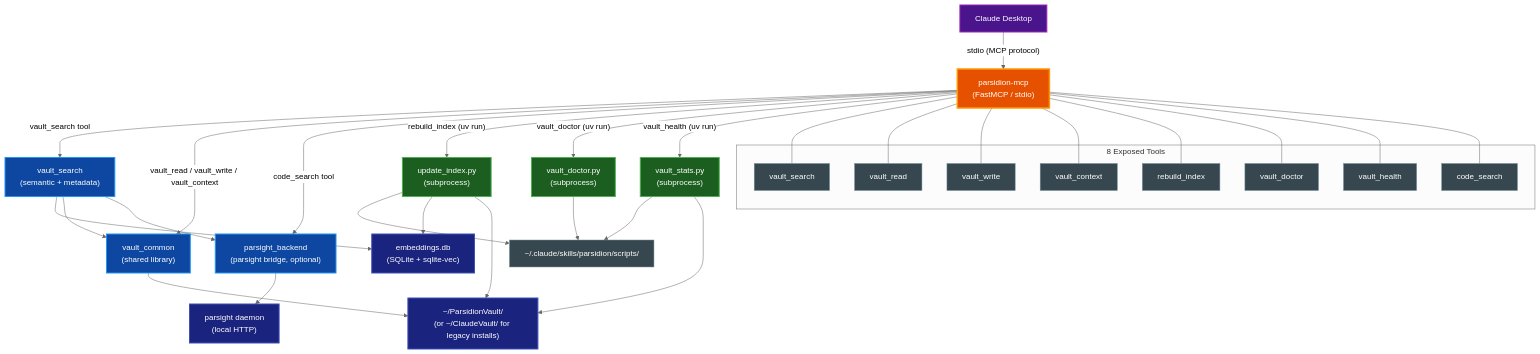
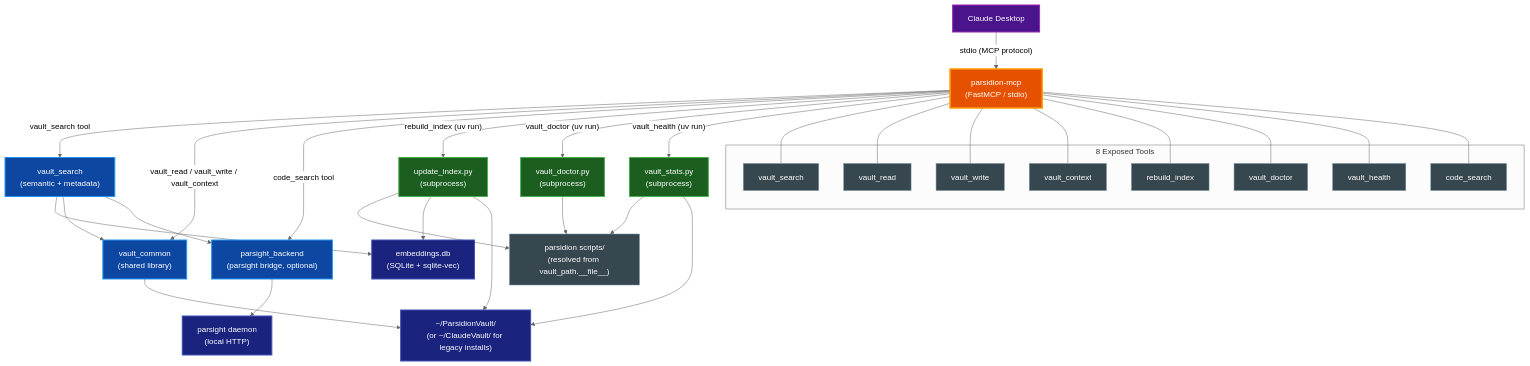
One commit to paulrobello/parsidion changed the diagram in docs/MCP.md. Above: the diagram before and after it, drawn with Mermaid (neutral theme). The commit also changed other lines of this file and 15 other files, not shown here.

````diff
--- a/docs/MCP.md
+++ b/docs/MCP.md
@@ -52,70 +52,70 @@
 ```mermaid
 graph TD
     Desktop["Claude Desktop"]
     MCP["parsidion-mcp<br/>(FastMCP / stdio)"]
     VaultSearch["vault_search<br/>(semantic + metadata)"]
     VaultCommon["vault_common<br/>(shared library)"]
     ParsightBackend["parsight_backend<br/>(parsight bridge, optional)"]
     ParsightDaemon["parsight daemon<br/>(local HTTP)"]
-    ScriptsDir["~/.claude/skills/parsidion/scripts/"]
+    ScriptsDir["parsidion scripts/<br/>(resolved from vault_path.__file__)"]
     UpdateIndex["update_index.py<br/>(subprocess)"]
     VaultDoctor["vault_doctor.py<br/>(subprocess)"]
     VaultStats["vault_stats.py<br/>(subprocess)"]
     EmbeddingsDB["embeddings.db<br/>(SQLite + sqlite-vec)"]
     VaultRoot["~/ParsidionVault/<br/>(or ~/ClaudeVault/ for legacy installs)"]
 
     Desktop -->|"stdio (MCP protocol)"| MCP
 
     MCP -->|"vault_search tool"| VaultSearch
     MCP -->|"vault_read / vault_write / vault_context"| VaultCommon
     MCP -->|"code_search tool"| ParsightBackend
     MCP -->|"rebuild_index (uv run)"| UpdateIndex
     MCP -->|"vault_doctor (uv run)"| VaultDoctor
     MCP -->|"vault_health (uv run)"| VaultStats
 
     VaultSearch --> EmbeddingsDB
     VaultSearch --> VaultCommon
     VaultSearch --> ParsightBackend
     ParsightBackend --> ParsightDaemon
     VaultCommon --> VaultRoot
     UpdateIndex --> ScriptsDir
     VaultDoctor --> ScriptsDir
     VaultStats --> ScriptsDir
     UpdateIndex --> EmbeddingsDB
     UpdateIndex --> VaultRoot
     VaultStats --> VaultRoot
 
     subgraph "8 Exposed Tools"
         T1["vault_search"]
         T2["vault_read"]
         T3["vault_write"]
         T4["vault_context"]
         T5["rebuild_index"]
         T6["vault_doctor"]
         T7["vault_health"]
         T8["code_search"]
     end
 
     MCP --- T1
     MCP --- T2
     MCP --- T3
     MCP --- T4
     MCP --- T5
     MCP --- T6
     MCP --- T7
     MCP --- T8
 
     class Desktop external
     class MCP primary
     class VaultSearch,VaultCommon,ParsightBackend data
     class ScriptsDir,T1,T2,T3,T4,T5,T6,T7,T8 neutral
     class UpdateIndex,VaultDoctor,VaultStats active
     class ParsightDaemon,EmbeddingsDB,VaultRoot database
 
     classDef primary fill:#e65100,stroke:#ff9800,stroke-width:3px,color:#ffffff
     classDef active fill:#1b5e20,stroke:#4caf50,stroke-width:2px,color:#ffffff
     classDef database fill:#1a237e,stroke:#3f51b5,stroke-width:2px,color:#ffffff
     classDef external fill:#4a148c,stroke:#9c27b0,stroke-width:2px,color:#ffffff
     classDef data fill:#0d47a1,stroke:#2196f3,stroke-width:2px,color:#ffffff
     classDef neutral fill:#37474f,stroke:#78909c,stroke-width:1px,color:#ffffff
 ```
````
